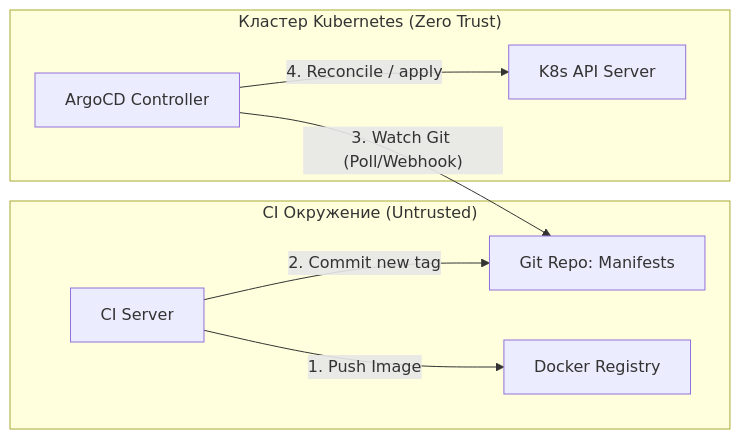
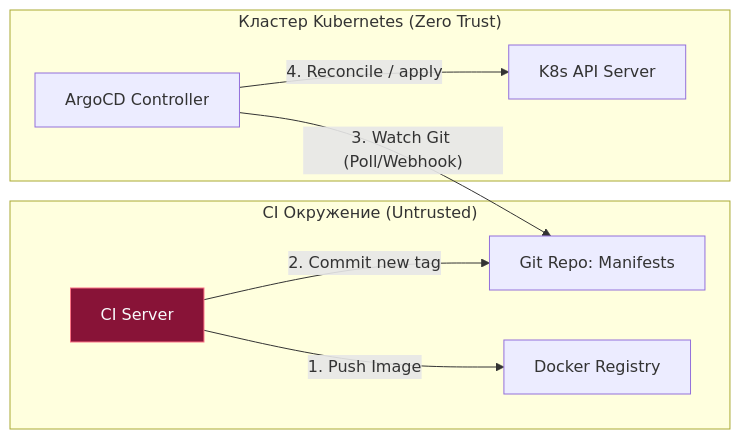
Before and after one commit to UnrealTemplier/go-textbook: the third of 3 diagrams in sources/19. Инфраструктура. Linux, nginx, Docker, Kubernetes/05. Практика/1. CI_CD и деплой.md, drawn with Mermaid. The commit also changed other lines of this file and 1666 other files, not shown here.

First line of the commit message:
feat(mermaid): add semantic color classDef to 1369 colorless flowchart/graph diagrams

````diff
--- a/sources/19. Инфраструктура. Linux, nginx, Docker, Kubernetes/05. Практика/1. CI_CD и деплой.md
+++ b/sources/19. Инфраструктура. Linux, nginx, Docker, Kubernetes/05. Практика/1. CI_CD и деплой.md
@@ -132,12 +152,22 @@
 ```mermaid
 flowchart LR
+    classDef process  fill:#1e293b,stroke:#38bdf8,stroke-width:1px,color:#f8fafc
+    classDef success  fill:#064e3b,stroke:#34d399,stroke-width:1px,color:#f8fafc
+    classDef error    fill:#7f1d1d,stroke:#f87171,stroke-width:1px,color:#f8fafc
+    classDef warning  fill:#78350f,stroke:#fbbf24,stroke-width:1px,color:#f8fafc
+    classDef entry    fill:#1e3a5f,stroke:#38bdf8,stroke-width:2px,color:#f8fafc
+    classDef aux      fill:#334155,stroke:#64748b,stroke-width:1px,color:#f8fafc
+    classDef system   fill:#312e81,stroke:#a78bfa,stroke-width:1px,color:#f8fafc
+    classDef data     fill:#132d29,stroke:#2dd4bf,stroke-width:1px,color:#f8fafc
+    classDef network  fill:#881337,stroke:#fb7185,stroke-width:1px,color:#f8fafc
+    classDef accent   fill:#1e1b4b,stroke:#818cf8,stroke-width:1px,color:#f8fafc
     subgraph CI["CI Окружение (Untrusted)"]
-        A["CI Server"] -->|"1. Push Image"| B["Docker Registry"]
+        A["CI Server"]:::network -->|"1. Push Image"| B["Docker Registry"]
         A -->|"2. Commit new tag"| C["Git Repo: Manifests"]
     end
     
     subgraph ProductionK8s["Кластер Kubernetes (Zero Trust)"]
         D["ArgoCD Controller"] -->|"3. Watch Git (Poll/Webhook)"| C
         D -->|"4. Reconcile / apply"| E["K8s API Server"]
     end
 ```
````
